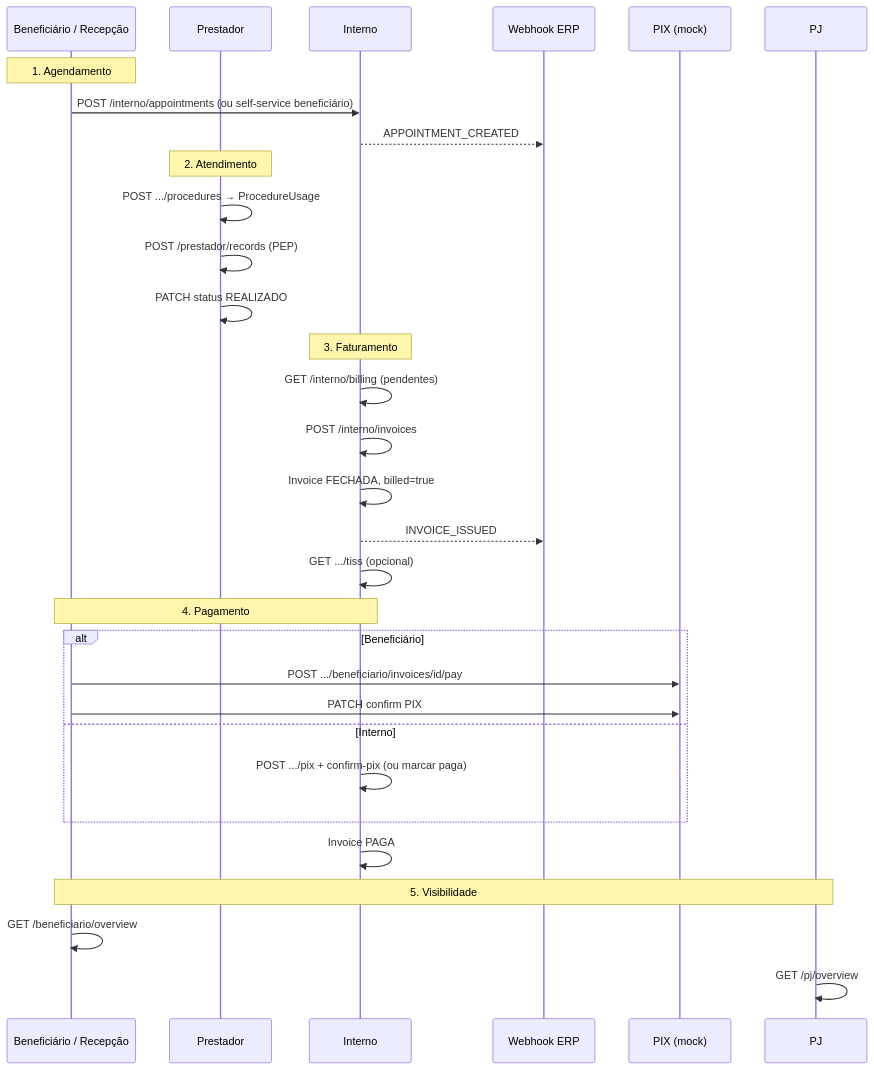
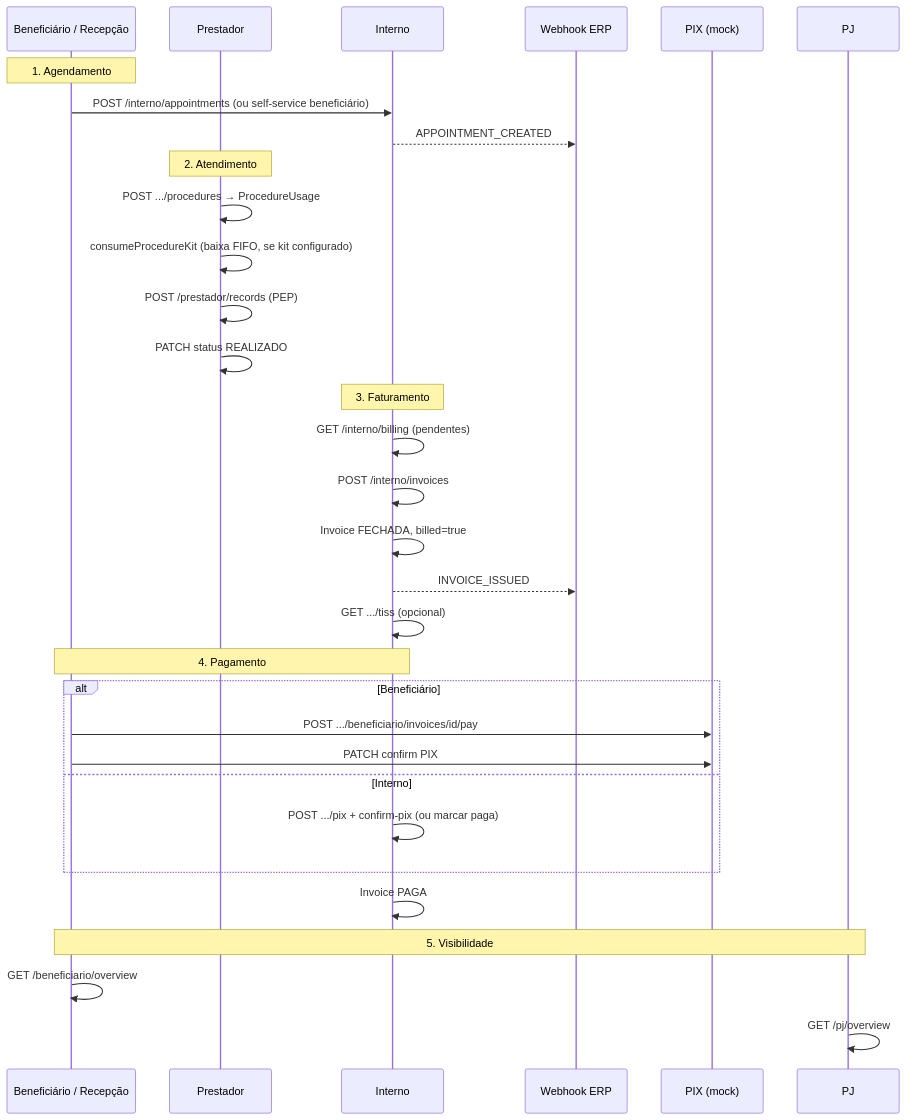
The seventh of 10 diagrams in docs/FLUXOS.md (Piulres/sistema-bibi), drawn with Mermaid before and after one commit. The commit also changed other lines of this file and 6 other files, not shown here.

````diff
--- a/docs/FLUXOS.md
+++ b/docs/FLUXOS.md
@@ -362,37 +409,38 @@
 ```mermaid
 sequenceDiagram
   participant B as Beneficiário / Recepção
   participant P as Prestador
   participant I as Interno
   participant WH as Webhook ERP
   participant Pay as PIX (mock)
 
   Note over B: 1. Agendamento
   B->>I: POST /interno/appointments (ou self-service beneficiário)
   I-->>WH: APPOINTMENT_CREATED
 
   Note over P: 2. Atendimento
   P->>P: POST .../procedures → ProcedureUsage
+  P->>P: consumeProcedureKit (baixa FIFO, se kit configurado)
   P->>P: POST /prestador/records (PEP)
   P->>P: PATCH status REALIZADO
 
   Note over I: 3. Faturamento
   I->>I: GET /interno/billing (pendentes)
   I->>I: POST /interno/invoices
   I->>I: Invoice FECHADA, billed=true
   I-->>WH: INVOICE_ISSUED
   I->>I: GET .../tiss (opcional)
 
   Note over B,I: 4. Pagamento
   alt Beneficiário
     B->>Pay: POST .../beneficiario/invoices/id/pay
     B->>Pay: PATCH confirm PIX
   else Interno
     I->>I: POST .../pix + confirm-pix (ou marcar paga)
   end
   I->>I: Invoice PAGA
 
   Note over B,PJ: 5. Visibilidade
   B->>B: GET /beneficiario/overview
   PJ->>PJ: GET /pj/overview
 ```
````
